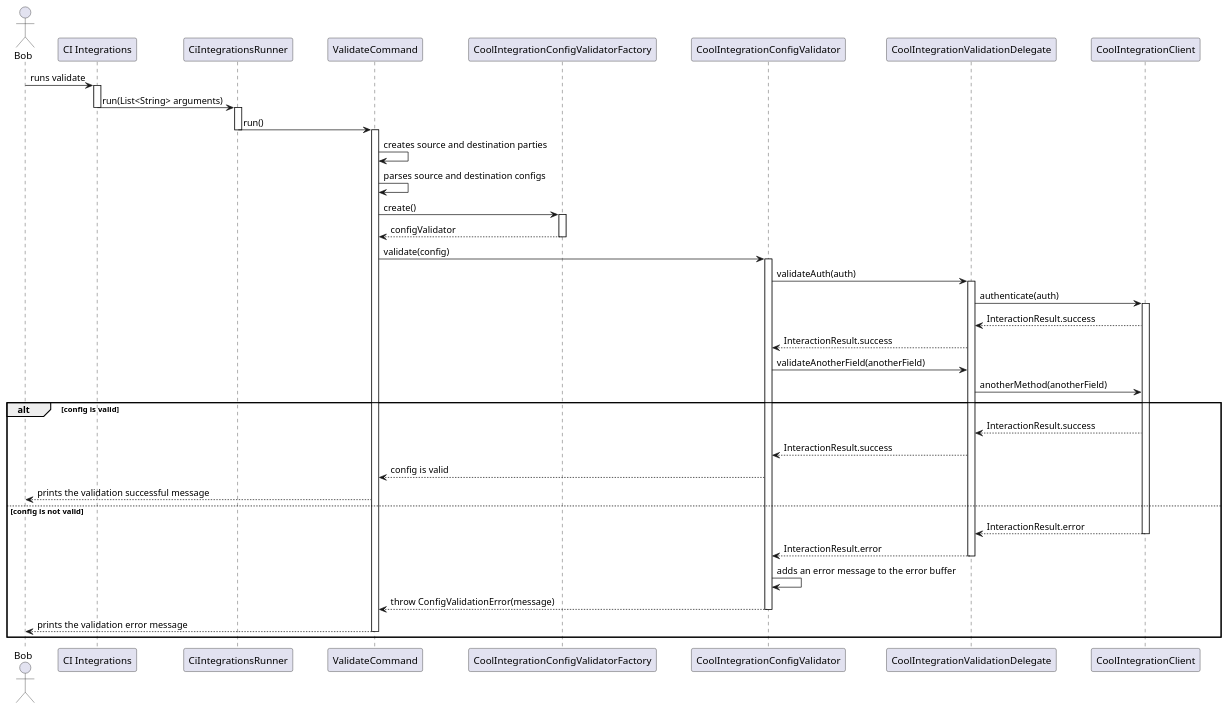
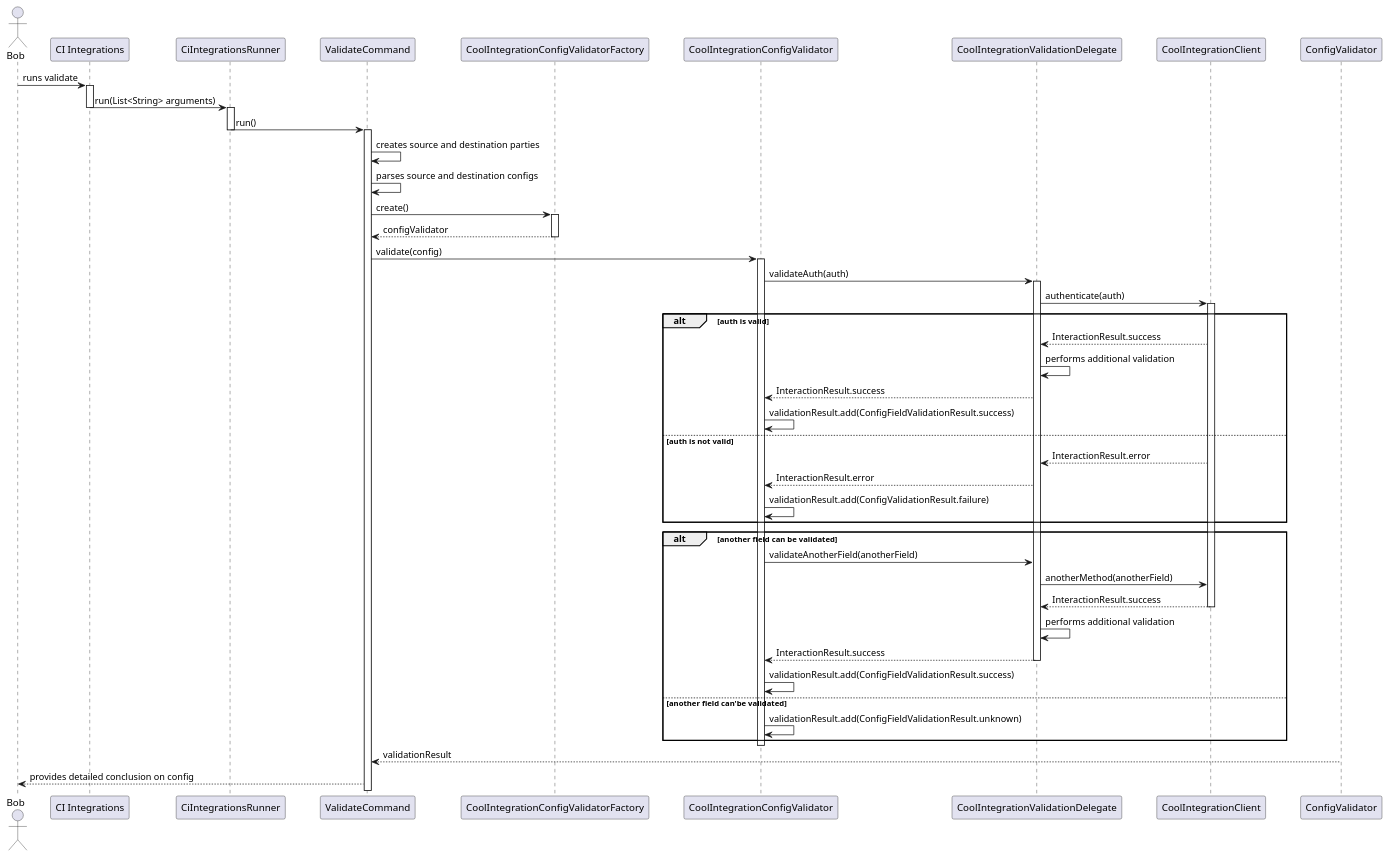
Before and after one commit to Flank/flank-dashboard: the diagram in metrics/ci_integrations/docs/diagrams/ci_integrations_config_validator_sequence_diagram.puml, drawn with PlantUML. The commit also changed 2 other files, not shown here.

Commit message:
Update Config Validator design

```diff
--- a/metrics/ci_integrations/docs/diagrams/ci_integrations_config_validator_sequence_diagram.puml
+++ b/metrics/ci_integrations/docs/diagrams/ci_integrations_config_validator_sequence_diagram.puml
@@ -1,77 +1,120 @@
 @startuml ci_integrations_config_validator_sequence_diagram
 
 skinparam ParticipantPadding 20
 skinparam BoxPadding 10
 
 actor Bob
 
 participant "CI Integrations"
 participant CiIntegrationsRunner
 participant ValidateCommand
 participant CoolIntegrationConfigValidatorFactory
 participant CoolIntegrationConfigValidator
 participant CoolIntegrationValidationDelegate
 participant CoolIntegrationClient
 
 Bob -> "CI Integrations" : runs validate
 activate "CI Integrations"
 
 "CI Integrations" -> CiIntegrationsRunner: run(List<String> arguments)
 deactivate "CI Integrations"
 activate CiIntegrationsRunner
 
 CiIntegrationsRunner -> ValidateCommand: run()
 deactivate CiIntegrationsRunner
 activate ValidateCommand
 
 ValidateCommand -> ValidateCommand : creates source and destination parties
 ValidateCommand -> ValidateCommand : parses source and destination configs
 
 ValidateCommand -> CoolIntegrationConfigValidatorFactory : create()
 activate CoolIntegrationConfigValidatorFactory
 
 CoolIntegrationConfigValidatorFactory --> ValidateCommand : configValidator
 deactivate CoolIntegrationConfigValidatorFactory
 
 ValidateCommand -> CoolIntegrationConfigValidator : validate(config)
 activate CoolIntegrationConfigValidator
 
 CoolIntegrationConfigValidator -> CoolIntegrationValidationDelegate : validateAuth(auth)
 activate CoolIntegrationValidationDelegate
 
 CoolIntegrationValidationDelegate -> CoolIntegrationClient : authenticate(auth)
 activate  CoolIntegrationClient
 
-CoolIntegrationClient --> CoolIntegrationValidationDelegate : InteractionResult.success
-CoolIntegrationValidationDelegate --> CoolIntegrationConfigValidator : InteractionResult.success
-
-CoolIntegrationConfigValidator -> CoolIntegrationValidationDelegate : validateAnotherField(anotherField)
-CoolIntegrationValidationDelegate -> CoolIntegrationClient : anotherMethod(anotherField)
-
-alt config is valid
+alt auth is valid
 
     CoolIntegrationClient --> CoolIntegrationValidationDelegate : InteractionResult.success
+    CoolIntegrationValidationDelegate -> CoolIntegrationValidationDelegate : performs additional validation
     CoolIntegrationValidationDelegate --> CoolIntegrationConfigValidator : InteractionResult.success
+    CoolIntegrationConfigValidator -> CoolIntegrationConfigValidator : validationResult.add(ConfigFieldValidationResult.success)
 
-    CoolIntegrationConfigValidator --> ValidateCommand : config is valid
-    ValidateCommand --> Bob : prints the validation successful message
 
-else config is not valid
+else auth is not valid
 
     CoolIntegrationClient --> CoolIntegrationValidationDelegate : InteractionResult.error
-    deactivate CoolIntegrationClient
-
     CoolIntegrationValidationDelegate --> CoolIntegrationConfigValidator : InteractionResult.error
-    deactivate CoolIntegrationValidationDelegate
-
-    CoolIntegrationConfigValidator -> CoolIntegrationConfigValidator : adds an error message to the error buffer
-
-    CoolIntegrationConfigValidator --> ValidateCommand : throw ConfigValidationError(message)
-    deactivate CoolIntegrationConfigValidator
-
-    ValidateCommand --> Bob : prints the validation error message
-    deactivate ValidateCommand
+    CoolIntegrationConfigValidator  -> CoolIntegrationConfigValidator : validationResult.add(ConfigValidationResult.failure)
 
 end
 
+
+alt another field can be validated
+
+    CoolIntegrationConfigValidator -> CoolIntegrationValidationDelegate : validateAnotherField(anotherField)
+    CoolIntegrationValidationDelegate -> CoolIntegrationClient : anotherMethod(anotherField)
+    
+    CoolIntegrationClient --> CoolIntegrationValidationDelegate : InteractionResult.success
+    deactivate CoolIntegrationClient
+    
+    CoolIntegrationValidationDelegate -> CoolIntegrationValidationDelegate : performs additional validation
+    CoolIntegrationValidationDelegate --> CoolIntegrationConfigValidator : InteractionResult.success
+    deactivate CoolIntegrationValidationDelegate
+
+    CoolIntegrationConfigValidator -> CoolIntegrationConfigValidator : validationResult.add(ConfigFieldValidationResult.success)
+
+else another field can'be validated
+
+    CoolIntegrationConfigValidator -> CoolIntegrationConfigValidator : validationResult.add(ConfigFieldValidationResult.unknown)
+
+end
+
+deactivate CoolIntegrationConfigValidator
+
+ConfigValidator --> ValidateCommand : validationResult
+ValidateCommand --> Bob : provides detailed conclusion on config
+
+
+' CoolIntegrationClient --> CoolIntegrationValidationDelegate : InteractionResult.success
+' CoolIntegrationValidationDelegate --> CoolIntegrationConfigValidator : InteractionResult.success
+
+' CoolIntegrationConfigValidator -> CoolIntegrationValidationDelegate : validateAnotherField(anotherField)
+' CoolIntegrationValidationDelegate -> CoolIntegrationClient : anotherMethod(anotherField)
+
+' alt config is valid
+
+'     CoolIntegrationClient --> CoolIntegrationValidationDelegate : InteractionResult.success
+'     CoolIntegrationValidationDelegate --> CoolIntegrationConfigValidator : InteractionResult.success
+
+'     CoolIntegrationConfigValidator --> ValidateCommand : config is valid
+'     ValidateCommand --> Bob : prints the validation successful message
+
+' else config is not valid
+
+'     CoolIntegrationClient --> CoolIntegrationValidationDelegate : InteractionResult.error
+'     deactivate CoolIntegrationClient
+
+'     CoolIntegrationValidationDelegate --> CoolIntegrationConfigValidator : InteractionResult.error
+'     deactivate CoolIntegrationValidationDelegate
+
+'     CoolIntegrationConfigValidator -> CoolIntegrationConfigValidator : adds an error message to the error buffer
+
+'     CoolIntegrationConfigValidator --> ValidateCommand : throw ConfigValidationError(message)
+'     deactivate CoolIntegrationConfigValidator
+
+'     ValidateCommand --> Bob : prints the validation error message
+'     deactivate ValidateCommand
+
+' end
+
 @enduml
```
